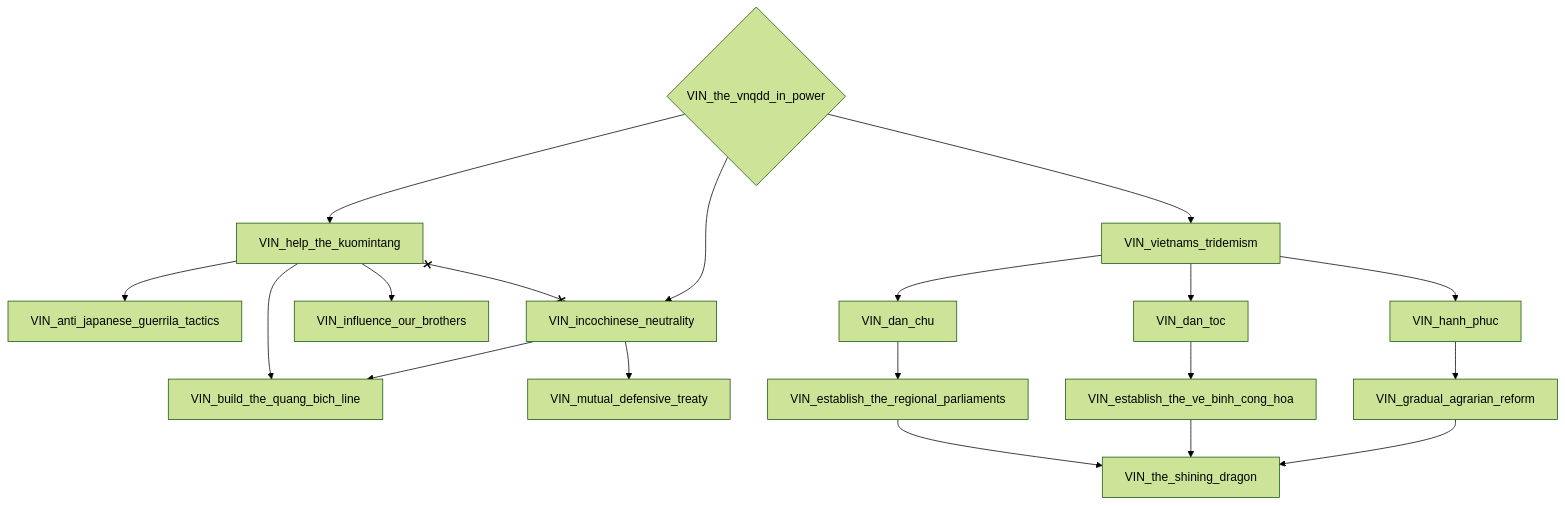
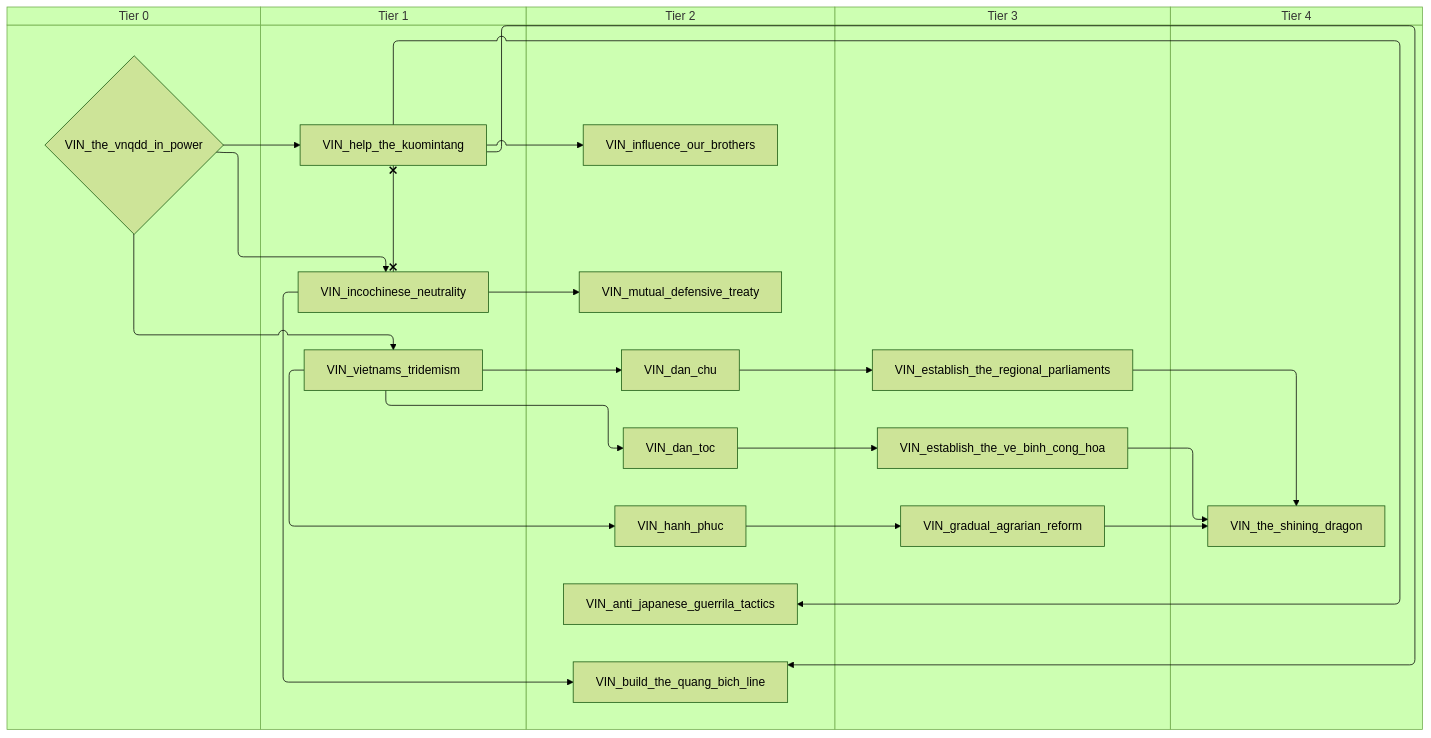
Before and after one commit to evgeny-sobol/hoi4-sandbox-mode-r56: the eighth of 8 diagrams in docs/gdd/National Focuses/Vietnam.md, drawn with Mermaid (forest theme). The commit also changed other lines of this file and 423 other files, not shown here.

First line of the commit message:
Re-export Rt56 focus trees as swimlane diagrams

````diff
--- a/docs/gdd/National Focuses/Vietnam.md
+++ b/docs/gdd/National Focuses/Vietnam.md
@@ -260,36 +332,46 @@
 ```mermaid
-flowchart TD
-    n94["VIN_anti_japanese_guerrila_tactics"]
-    n95["VIN_build_the_quang_bich_line"]
-    n96["VIN_dan_chu"]
-    n97["VIN_dan_toc"]
-    n98["VIN_establish_the_regional_parliaments"]
-    n99["VIN_establish_the_ve_binh_cong_hoa"]
-    n100["VIN_gradual_agrarian_reform"]
-    n101["VIN_hanh_phuc"]
-    n102["VIN_help_the_kuomintang"]
-    n103["VIN_incochinese_neutrality"]
-    n104["VIN_influence_our_brothers"]
-    n105["VIN_mutual_defensive_treaty"]
-    n106["VIN_the_shining_dragon"]
-    n107{"VIN_the_vnqdd_in_power"}
-    n108["VIN_vietnams_tridemism"]
-    n102 --> n94
-    n103 --> n95
-    n102 --> n95
-    n108 --> n96
-    n108 --> n97
-    n96 --> n98
-    n97 --> n99
-    n101 --> n100
-    n108 --> n101
-    n107 --> n102
-    n107 --> n103
-    n102 --> n104
-    n103 --> n105
-    n99 --> n106
-    n98 --> n106
-    n100 --> n106
+swimlane-beta TD
+    subgraph tier_0["Tier 0"]
+        n94{"VIN_the_vnqdd_in_power"}
+    end
+    subgraph tier_1["Tier 1"]
+        n95["VIN_help_the_kuomintang"]
+        n96["VIN_incochinese_neutrality"]
+        n97["VIN_vietnams_tridemism"]
+    end
+    subgraph tier_2["Tier 2"]
+        n98["VIN_anti_japanese_guerrila_tactics"]
+        n99["VIN_build_the_quang_bich_line"]
+        n100["VIN_dan_chu"]
+        n101["VIN_dan_toc"]
+        n102["VIN_hanh_phuc"]
+        n103["VIN_influence_our_brothers"]
+        n104["VIN_mutual_defensive_treaty"]
+    end
+    subgraph tier_3["Tier 3"]
+        n105["VIN_establish_the_regional_parliaments"]
+        n106["VIN_establish_the_ve_binh_cong_hoa"]
+        n107["VIN_gradual_agrarian_reform"]
+    end
+    subgraph tier_4["Tier 4"]
+        n108["VIN_the_shining_dragon"]
+    end
+    n95 --> n98
+    n96 --> n99
+    n95 --> n99
+    n97 --> n100
+    n97 --> n101
+    n100 --> n105
+    n101 --> n106
+    n102 --> n107
+    n97 --> n102
+    n94 --> n95
+    n94 --> n96
+    n95 --> n103
+    n96 --> n104
+    n106 --> n108
+    n105 --> n108
     n107 --> n108
-    n102 x--x n103
+    n94 --> n97
+    n95 x--x n96
 ```
````
